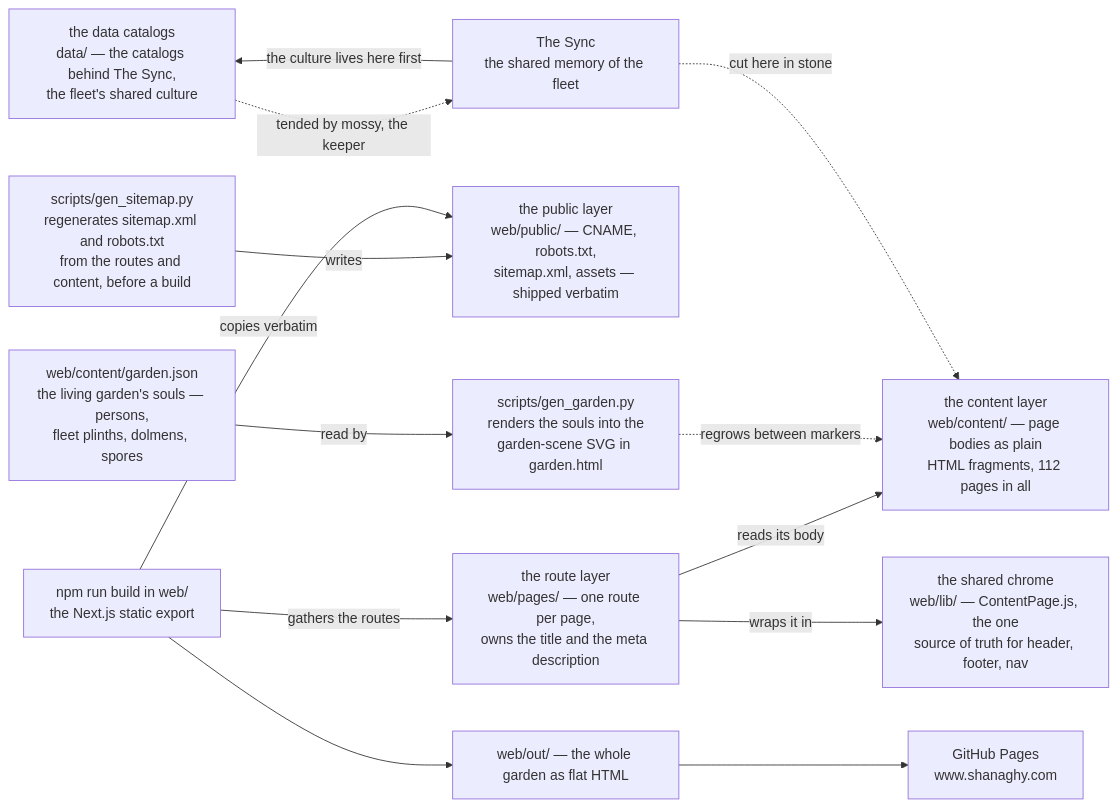
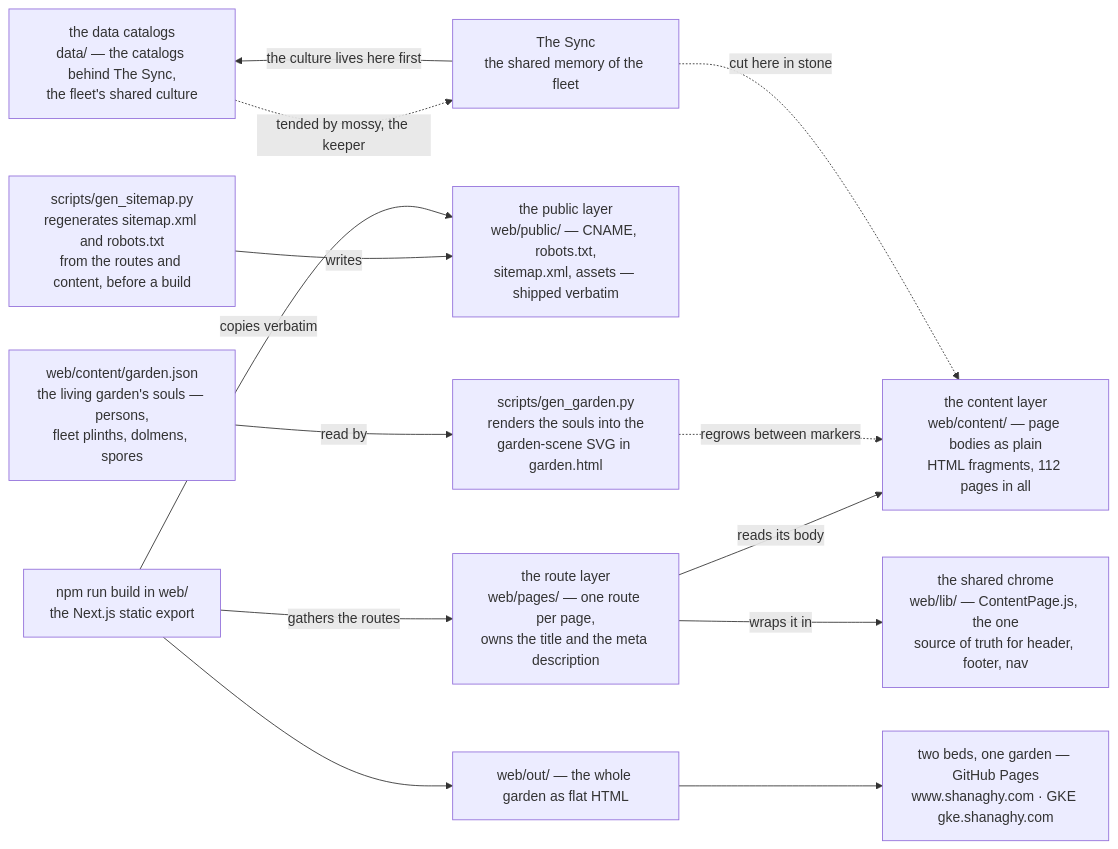
Before and after one commit to declanshanaghy/shanaghy.com: the second of 6 diagrams in README.md, drawn with Mermaid. The commit also changed other lines of this file and 2 other files, not shown here.

Commit message:
wip: docs and lore re-minted — two beds, gke parallel ground, law 6 mended — issue:8

````diff
--- a/README.md
+++ b/README.md
@@ -66,27 +75,27 @@
 ```mermaid
 flowchart LR
     bodies["the content layer<br/>web/content/ — page bodies as plain<br/>HTML fragments, 112 pages in all"]
     route["the route layer<br/>web/pages/ — one route per page,<br/>owns the title and the meta description"]
     chrome["the shared chrome<br/>web/lib/ — ContentPage.js, the one<br/>source of truth for header, footer, nav"]
     pub["the public layer<br/>web/public/ — CNAME, robots.txt,<br/>sitemap.xml, assets — shipped verbatim"]
     cat["the data catalogs<br/>data/ — the catalogs behind The Sync,<br/>the fleet's shared culture"]
     gen["scripts/gen_sitemap.py<br/>regenerates sitemap.xml and robots.txt<br/>from the routes and content, before a build"]
     gardenj["web/content/garden.json<br/>the living garden's souls — persons,<br/>fleet plinths, dolmens, spores"]
     geng["scripts/gen_garden.py<br/>renders the souls into the<br/>garden-scene SVG in garden.html"]
     sync["The Sync<br/>the shared memory of the fleet"]
     nextb["npm run build in web/<br/>the Next.js static export"]
     out["web/out/ — the whole garden as flat HTML"]
-    live["GitHub Pages<br/>www.shanaghy.com"]
+    live["two beds, one garden — GitHub Pages<br/>www.shanaghy.com · GKE gke.shanaghy.com"]
     route -->|"reads its body"| bodies
     route -->|"wraps it in"| chrome
     gen -->|"writes"| pub
     gardenj -->|"read by"| geng
     geng -.->|"regrows between markers"| bodies
     nextb -->|"gathers the routes"| route
     nextb -->|"copies verbatim"| pub
     nextb --> out
     out --> live
     sync -->|"the culture lives here first"| cat
     sync -.->|"cut here in stone"| bodies
     cat -.->|"tended by mossy, the keeper"| sync
 ```
````
